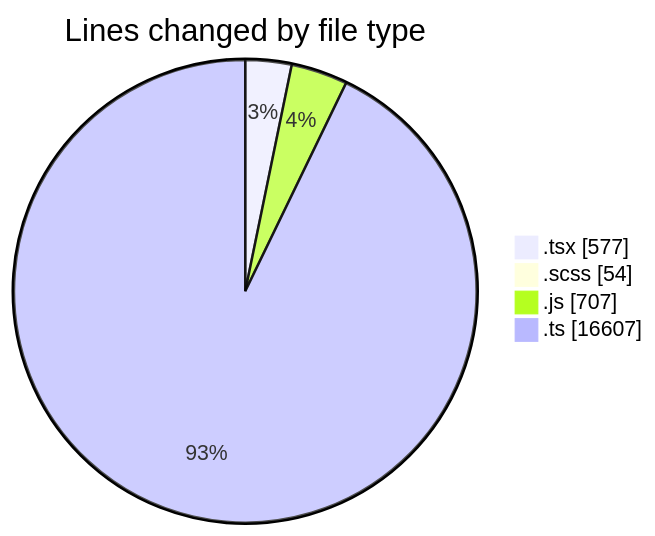
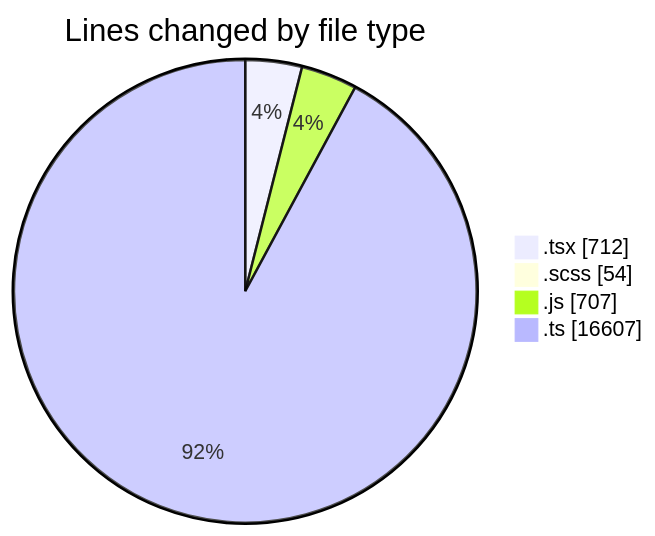
One commit to momahboobian/code-tracking changed the first of 2 diagrams in 2026-07-21/cda/README.md. Above: the diagram before and after it, drawn with Mermaid. The commit also changed other lines of this file and 1 other file, not shown here.

````diff
--- a/2026-07-21/cda/README.md
+++ b/2026-07-21/cda/README.md
@@ -34,8 +35,8 @@
 ```mermaid
 pie showData
 title Lines changed by file type
-".tsx" : 577
+".tsx" : 712
 ".scss" : 54
 ".js" : 707
 ".ts" : 16607
 ```
````
